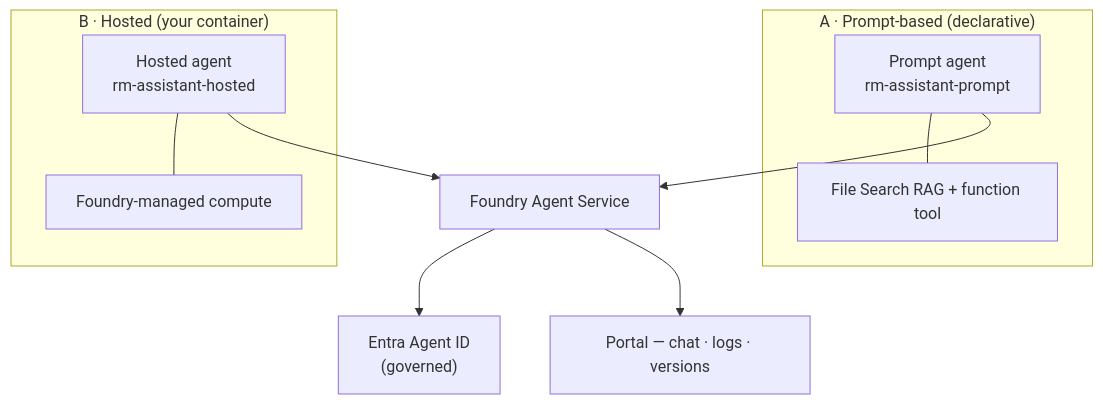
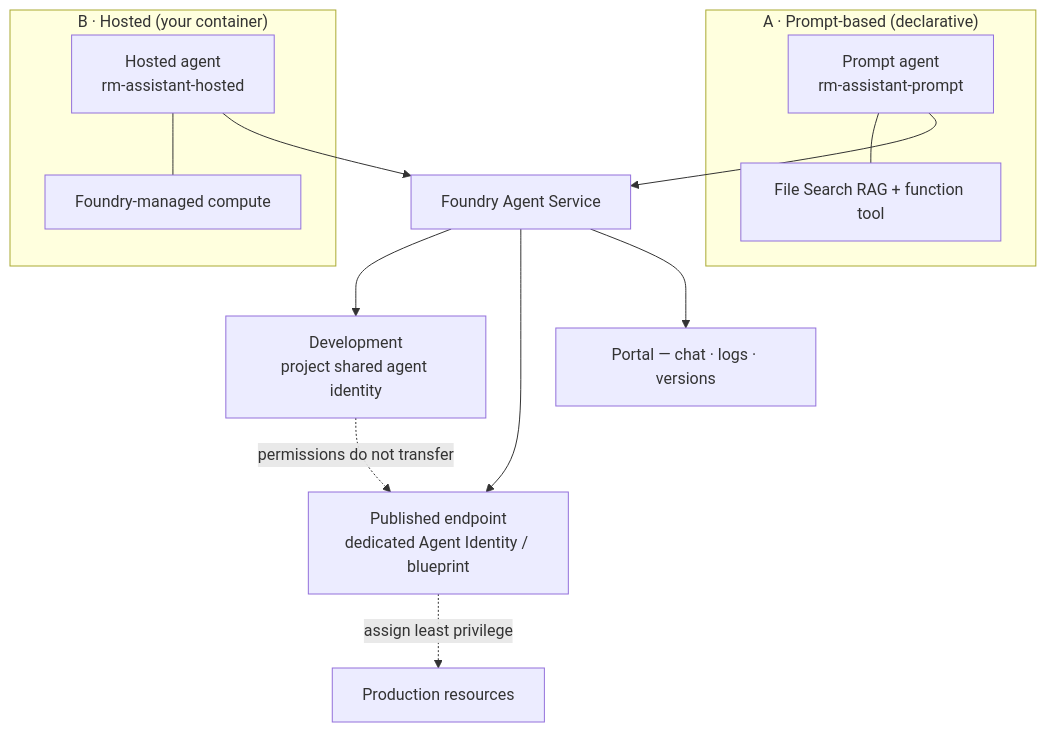
The fifth of 16 diagrams in README.md (SridharArrabelly/foundry-pattern-library), drawn with Mermaid before and after one commit. The commit also changed other lines of this file and 18 other files, not shown here.

````diff
--- a/README.md
+++ b/README.md
@@ -184,13 +213,16 @@
 ```mermaid
 flowchart TB
   subgraph A["A · Prompt-based (declarative)"]
     AG1["Prompt agent<br/>rm-assistant-prompt"] --- R["File Search RAG + function tool"]
   end
   subgraph B["B · Hosted (your container)"]
     AG2["Hosted agent<br/>rm-assistant-hosted"] --- CMP["Foundry-managed compute"]
   end
   AG1 --> FAS["Foundry Agent Service"]
   AG2 --> FAS
-  FAS --> ID["Entra Agent ID<br/>(governed)"]
+  FAS --> DEV["Development<br/>project shared agent identity"]
+  FAS --> PUB["Published endpoint<br/>dedicated Agent Identity / blueprint"]
+  PUB -.->|"assign least privilege"| RES["Production resources"]
+  DEV -.->|"permissions do not transfer"| PUB
   FAS --> PT["Portal — chat · logs · versions"]
 ```
````
